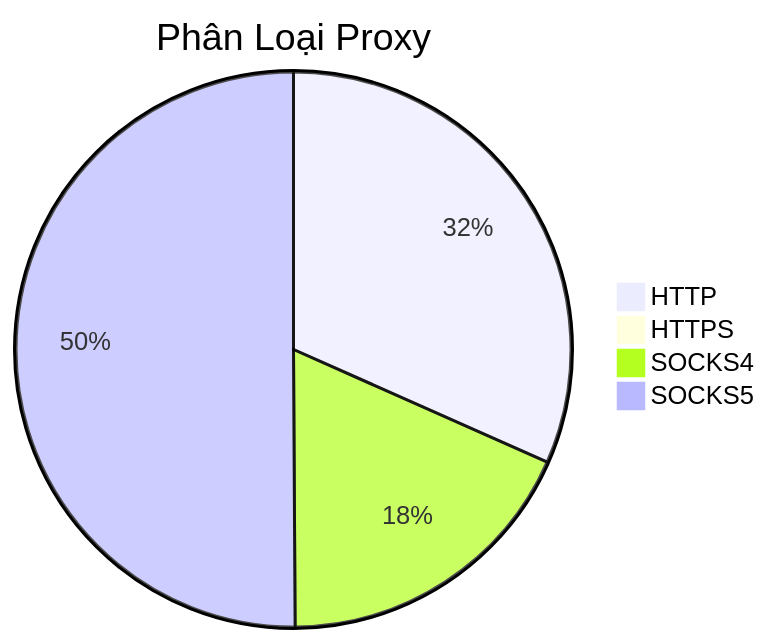
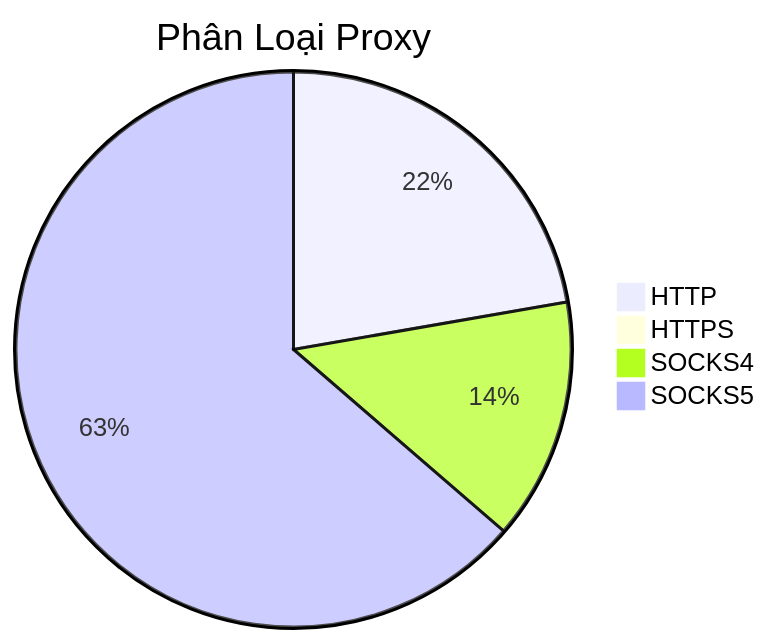
Before and after one commit to Ciara-Aa/PROXY-free: the diagram in README.md, drawn with Mermaid. The commit also changed other lines of this file and 4 other files, not shown here.

````diff
--- a/README.md
+++ b/README.md
@@ -26,7 +26,7 @@
 ```mermaid
 pie title Phân Loại Proxy
-    "HTTP" : 508
-    "HTTPS" : 3
-    "SOCKS4" : 293
-    "SOCKS5" : 804
+    "HTTP" : 454
+    "HTTPS" : 6
+    "SOCKS4" : 287
+    "SOCKS5" : 1298
 ```
````
